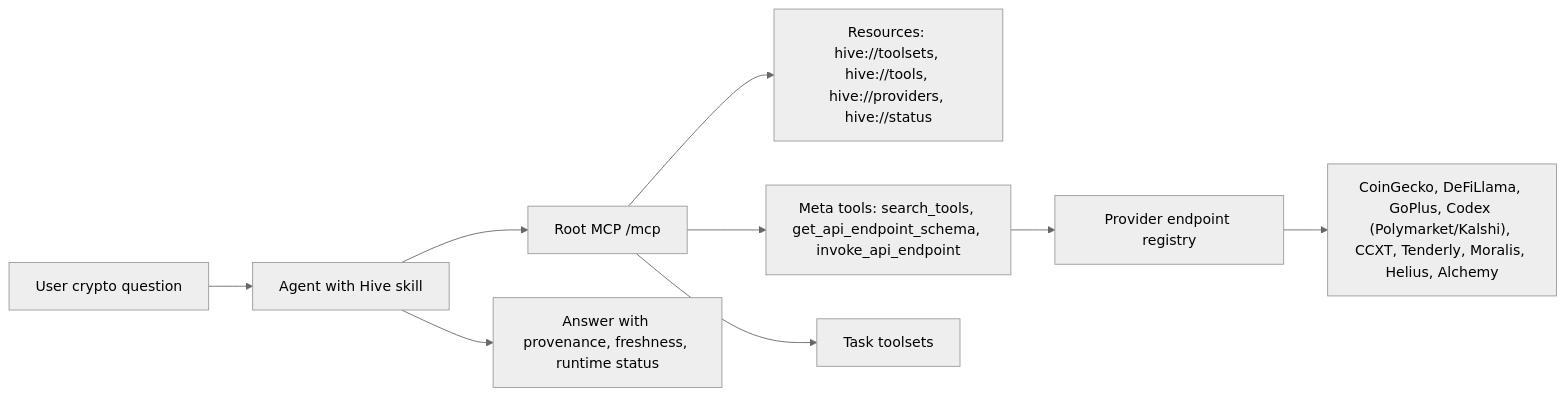
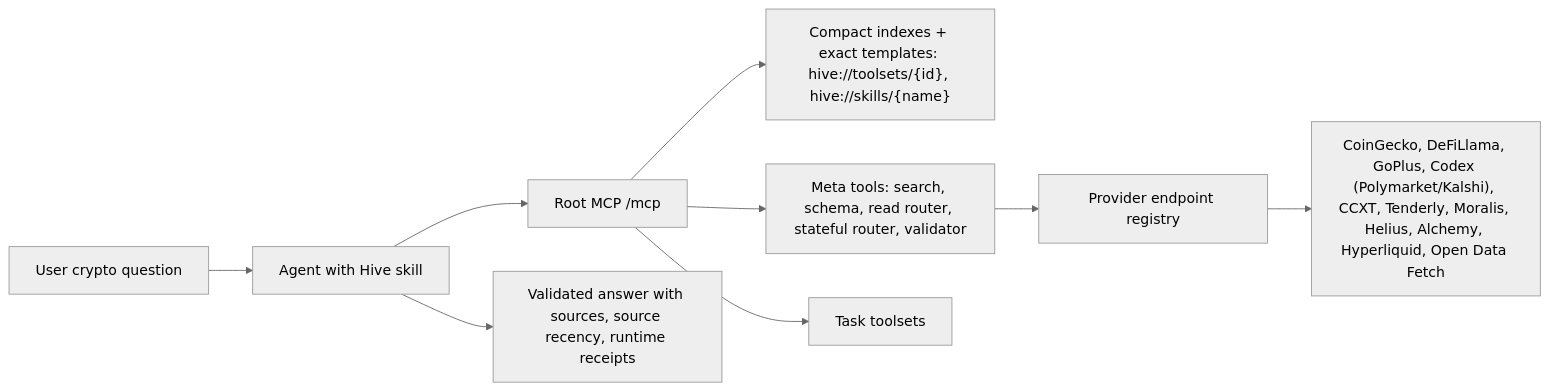
Before and after one commit to hive-intel/hive-skills: the diagram in skills/hive-query/references/root-mcp-workflow.md, drawn with Mermaid (neutral theme). The commit also changed other lines of this file and 37 other files, not shown here.

````diff
--- a/skills/hive-query/references/root-mcp-workflow.md
+++ b/skills/hive-query/references/root-mcp-workflow.md
@@ -9,11 +9,11 @@
 ```mermaid
 flowchart LR
   User["User crypto question"] --> Agent["Agent with Hive skill"]
   Agent --> Root["Root MCP /mcp"]
-  Root --> Resources["Resources: hive://toolsets, hive://tools, hive://providers, hive://status"]
-  Root --> MetaTools["Meta tools: search_tools, get_api_endpoint_schema, invoke_api_endpoint"]
+  Root --> Resources["Compact indexes + exact templates: hive://toolsets/{id}, hive://skills/{name}"]
+  Root --> MetaTools["Meta tools: search, schema, read router, stateful router, validator"]
   Root --> Toolsets["Task toolsets"]
   MetaTools --> Registry["Provider endpoint registry"]
-  Registry --> Providers["CoinGecko, DeFiLlama, GoPlus, Codex (Polymarket/Kalshi), CCXT, Tenderly, Moralis, Helius, Alchemy"]
-  Agent --> Answer["Answer with provenance, freshness, runtime status"]
+  Registry --> Providers["CoinGecko, DeFiLlama, GoPlus, Codex (Polymarket/Kalshi), CCXT, Tenderly, Moralis, Helius, Alchemy, Hyperliquid, Open Data Fetch"]
+  Agent --> Answer["Validated answer with sources, source recency, runtime receipts"]
 ```
````
